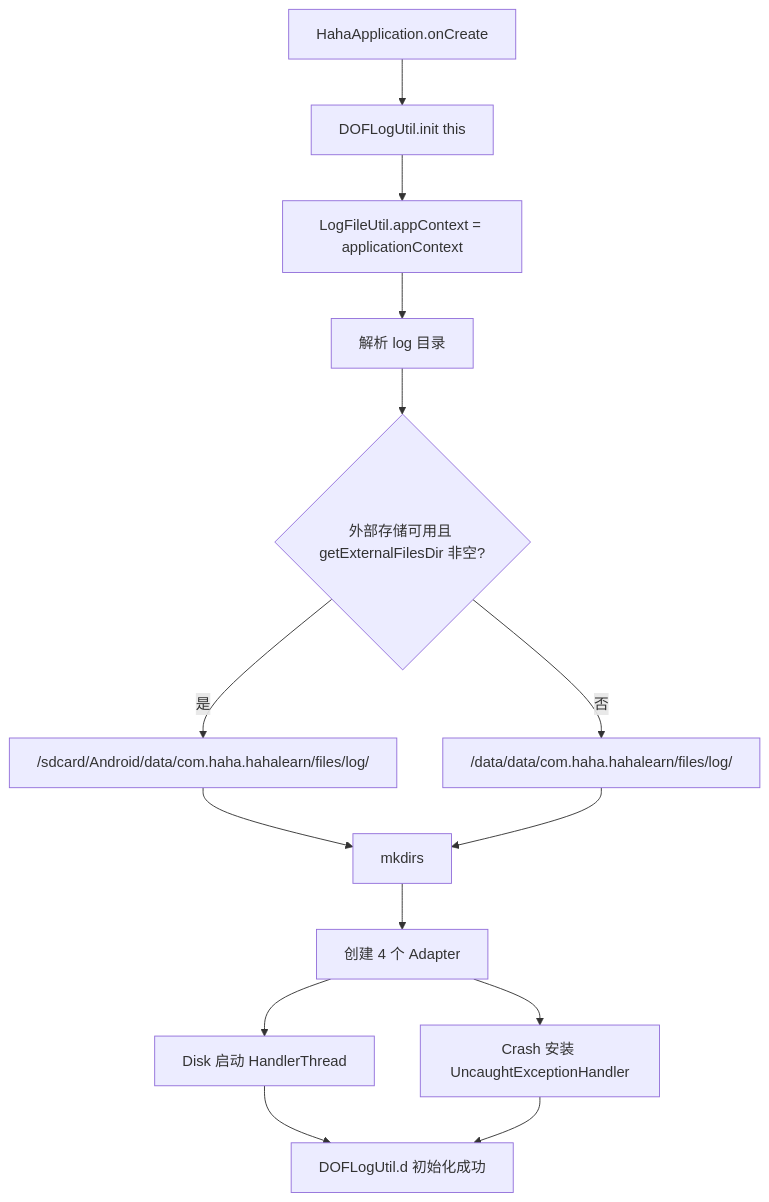
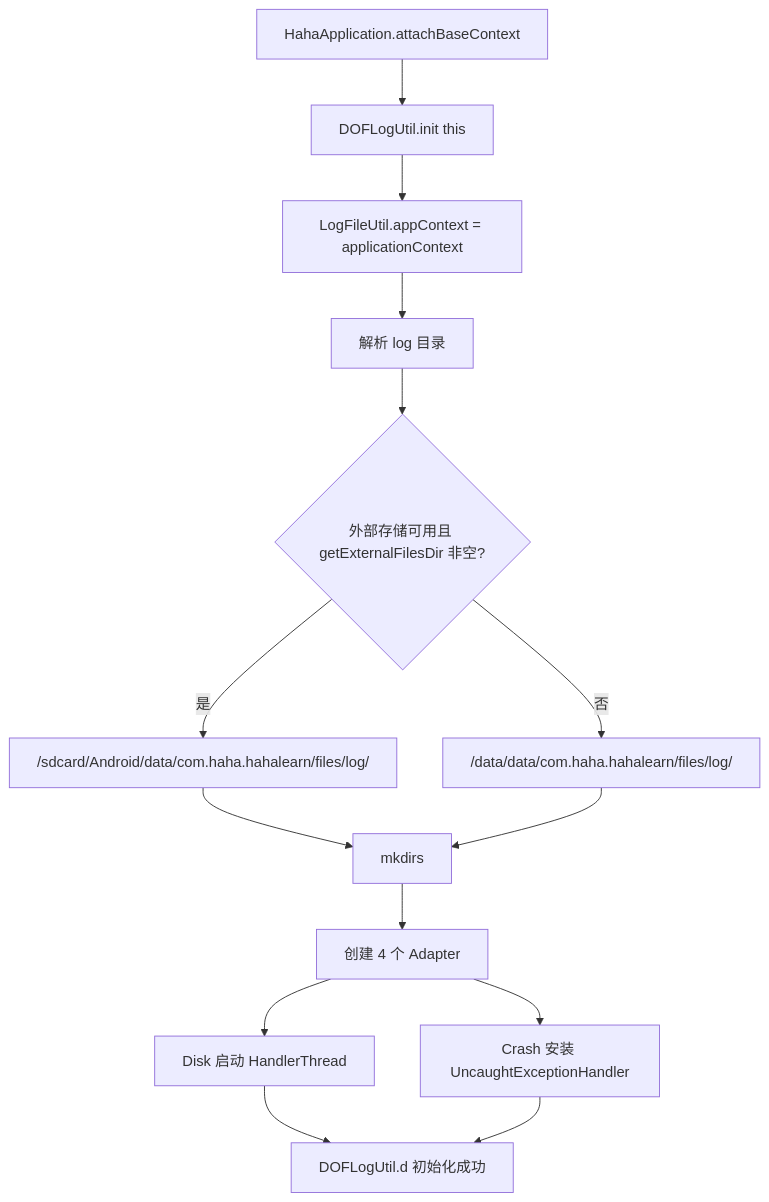
Before and after one commit to agoni-soul/gpstest: the diagram in docs/doflog/assets/doflog-init-flow.mmd, drawn with Mermaid. The commit also changed 5 other files, not shown here.

```diff
--- a/docs/doflog/assets/doflog-init-flow.mmd
+++ b/docs/doflog/assets/doflog-init-flow.mmd
@@ -1,14 +1,14 @@
 flowchart TD
-    A[HahaApplication.onCreate] --> B[DOFLogUtil.init this]
+    A[HahaApplication.attachBaseContext] --> B[DOFLogUtil.init this]
     B --> C[LogFileUtil.appContext = applicationContext]
     C --> D[解析 log 目录]
     D --> E{外部存储可用且 getExternalFilesDir 非空?}
     E -->|是| F["/sdcard/Android/data/com.haha.hahalearn/files/log/"]
     E -->|否| G["/data/data/com.haha.hahalearn/files/log/"]
     F --> H[mkdirs]
     G --> H
     H --> I[创建 4 个 Adapter]
     I --> J[Disk 启动 HandlerThread]
     I --> K[Crash 安装 UncaughtExceptionHandler]
     J --> L[DOFLogUtil.d 初始化成功]
     K --> L
```
